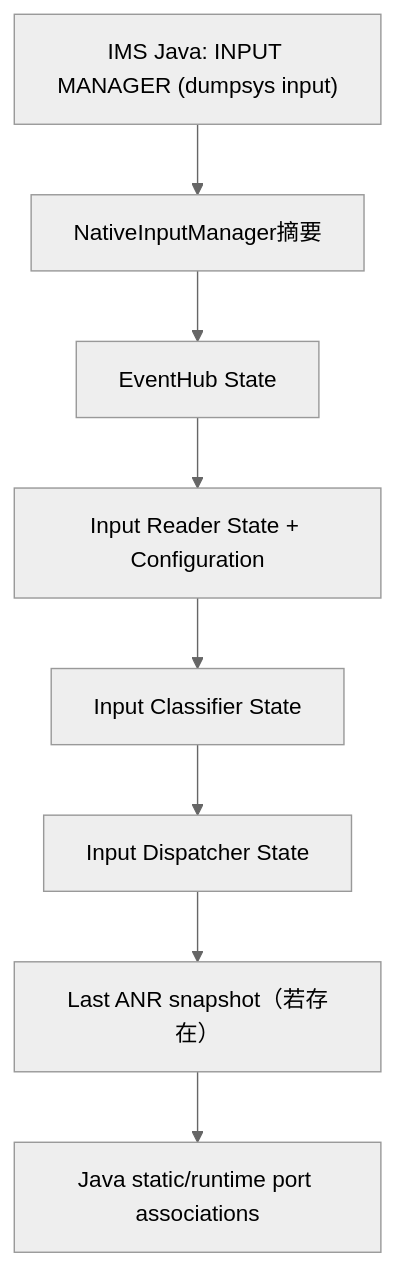
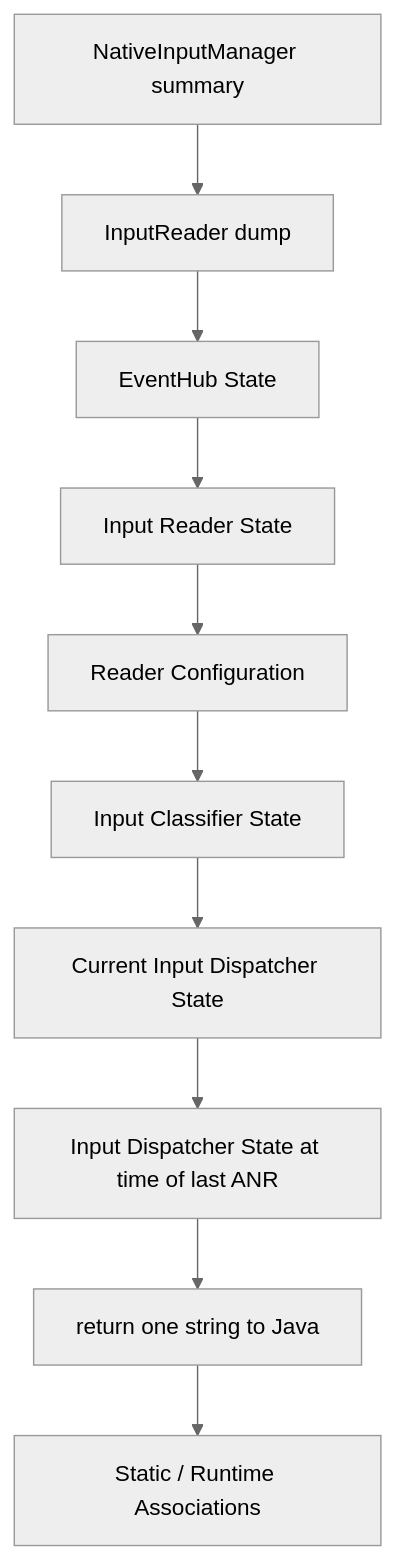
The first of 4 diagrams in Android源码学习/194-Androiddumpsysinput与输入故障现场诊断.md (junyingzhao001/StudyNotes), drawn with Mermaid (neutral theme) before and after one commit. The commit also changed other lines of this file and 116 other files, not shown here.

````diff
--- a/Android源码学习/194-Androiddumpsysinput与输入故障现场诊断.md
+++ b/Android源码学习/194-Androiddumpsysinput与输入故障现场诊断.md
@@ -14,10 +78,12 @@
 ```mermaid
 flowchart TD
-  A["IMS Java: INPUT MANAGER (dumpsys input)"] --> B["NativeInputManager摘要"]
-  B --> C["EventHub State"]
-  C --> D["Input Reader State + Configuration"]
-  D --> E["Input Classifier State"]
-  E --> F["Input Dispatcher State"]
-  F --> G["Last ANR snapshot（若存在）"]
-  G --> H["Java static/runtime port associations"]
+  A[NativeInputManager summary] --> B[InputReader dump]
+  B --> C[EventHub State]
+  C --> D[Input Reader State]
+  D --> E[Reader Configuration]
+  E --> F[Input Classifier State]
+  F --> G[Current Input Dispatcher State]
+  G --> H[Input Dispatcher State at time of last ANR]
+  H --> I[return one string to Java]
+  I --> J[Static / Runtime Associations]
 ```
````
